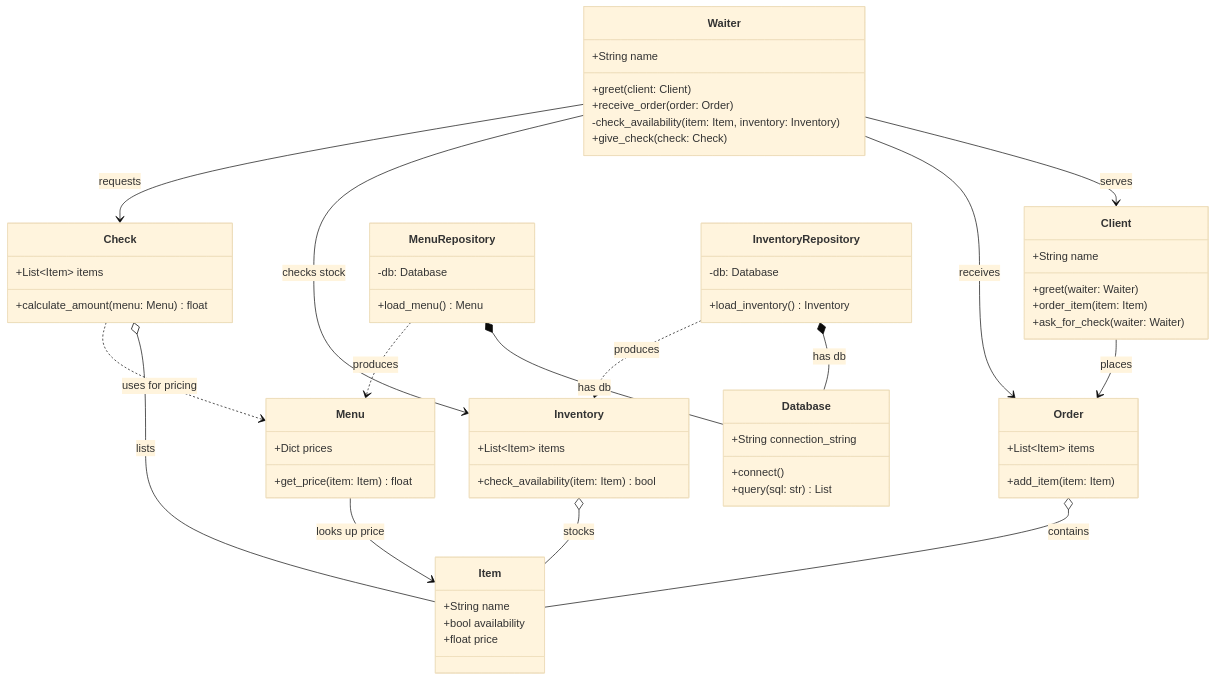
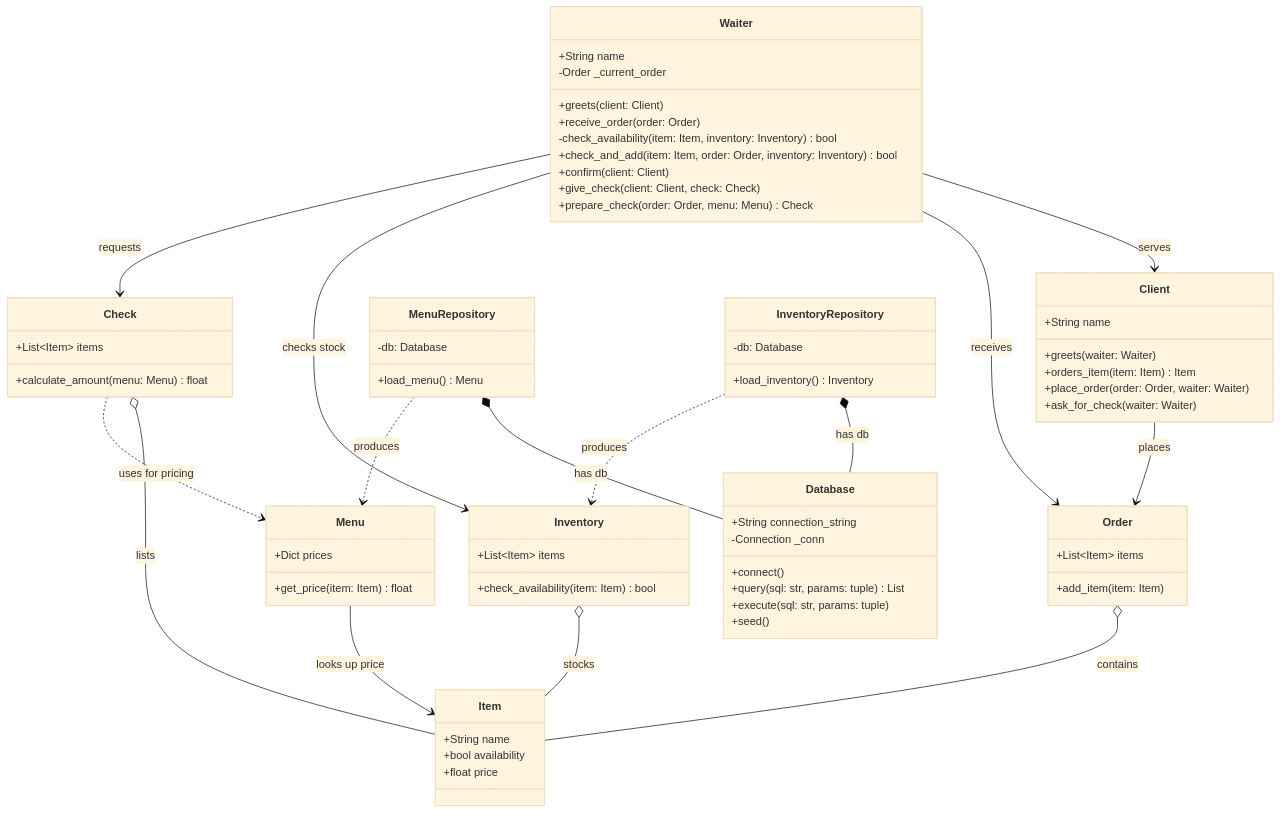
Before and after one commit to pawelofficial/dbagent: the diagram in docs/diagrams/class.mmd, drawn with Mermaid (base theme).

```diff
--- a/docs/diagrams/class.mmd
+++ b/docs/diagrams/class.mmd
@@ -1,79 +1,87 @@
 classDiagram
     class Waiter {
         +String name
-        +greet(client: Client)
+        -Order _current_order
+        +greets(client: Client)
         +receive_order(order: Order)
-        -check_availability(item: Item, inventory: Inventory)
-        +give_check(check: Check)
+        -check_availability(item: Item, inventory: Inventory) bool
+        +check_and_add(item: Item, order: Order, inventory: Inventory) bool
+        +confirm(client: Client)
+        +give_check(client: Client, check: Check)
+        +prepare_check(order: Order, menu: Menu) Check
     }
 
     class Client {
         +String name
-        +greet(waiter: Waiter)
-        +order_item(item: Item)
+        +greets(waiter: Waiter)
+        +orders_item(item: Item) Item
+        +place_order(order: Order, waiter: Waiter)
         +ask_for_check(waiter: Waiter)
     }
 
     class Order {
         +List~Item~ items
         +add_item(item: Item)
     }
 
     class Check {
         +List~Item~ items
         +calculate_amount(menu: Menu) float
     }
 
     class Item {
         +String name
         +bool availability
         +float price
     }
 
     class Inventory {
         +List~Item~ items
         +check_availability(item: Item) bool
     }
 
     class Menu {
         +Dict prices
         +get_price(item: Item) float
     }
 
     class Database {
         +String connection_string
+        -Connection _conn
         +connect()
-        +query(sql: str) List
+        +query(sql: str, params: tuple) List
+        +execute(sql: str, params: tuple)
+        +seed()
     }
 
     class MenuRepository {
         -db: Database
         +load_menu() Menu
     }
 
     class InventoryRepository {
         -db: Database
         +load_inventory() Inventory
     }
 
     %% Aggregation - holds a collection as a field
     Order o-- Item : contains
     Inventory o-- Item : stocks
     Check o-- Item : lists
 
     %% Association - uses in method params, doesn't hold
     Waiter --> Client : serves
     Client --> Order : places
     Waiter --> Order : receives
     Waiter --> Inventory : checks stock
     Waiter --> Check : requests
     Menu --> Item : looks up price
 
     %% Composition - owns as a field, tightly coupled
     MenuRepository *-- Database : has db
     InventoryRepository *-- Database : has db
 
     %% Dependencies - only used as return types in methods
     MenuRepository ..> Menu : produces
     InventoryRepository ..> Inventory : produces
     Check ..> Menu : uses for pricing
```
